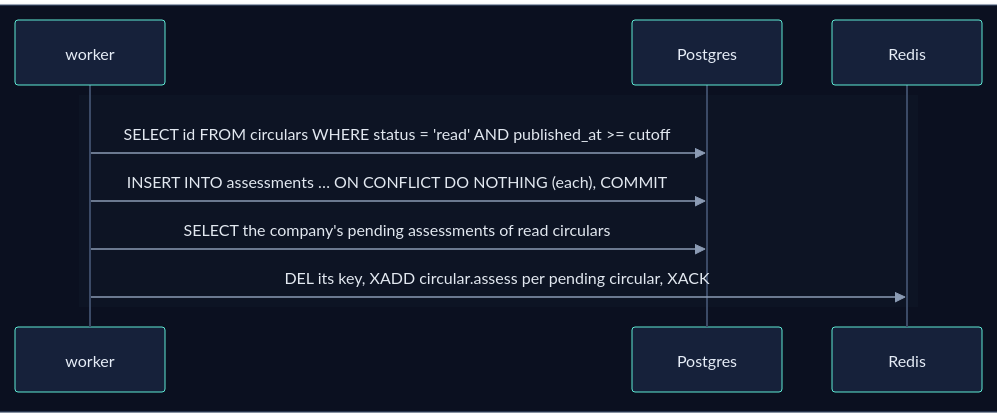
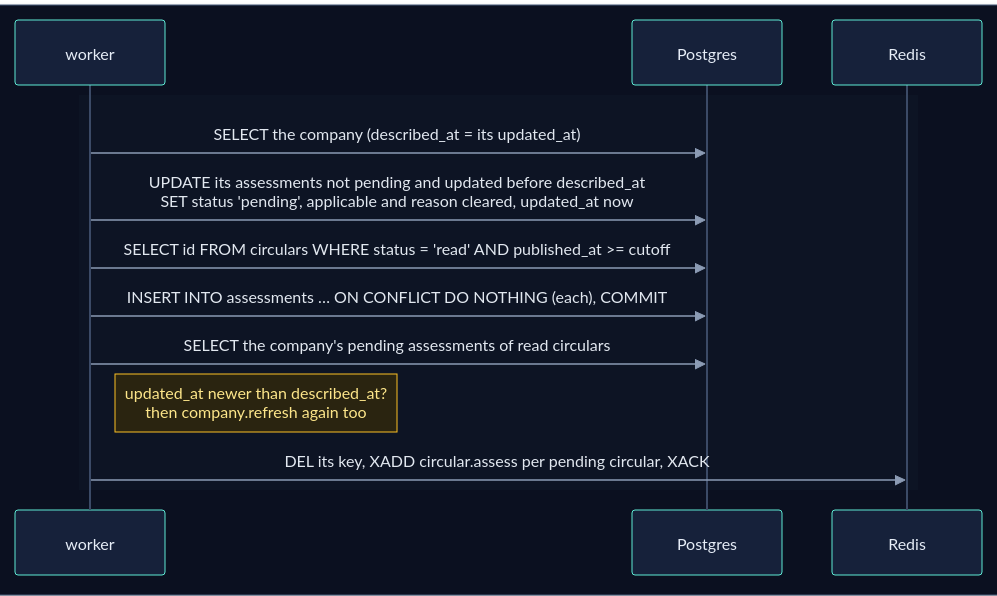
Diagram 40 of 44 in backend/worker/INTERNALS.md (selvakumarperumal/Regulatory_Circular_Impact_Agent), drawn with Mermaid before and after one commit. The commit also changed other lines of this file and 4 other files, not shown here.

````diff
--- a/backend/worker/INTERNALS.md
+++ b/backend/worker/INTERNALS.md
@@ -2167,16 +2194,19 @@
 ```mermaid
 %%{init: {"theme": "base", "sequence": {"diagramMarginX": 0, "diagramMarginY": 0}, "themeVariables": {"darkMode": true, "primaryColor": "#16213a", "primaryTextColor": "#e6edf7", "primaryBorderColor": "#475a7a", "lineColor": "#8b9bb4", "secondaryColor": "#1b2436", "tertiaryColor": "#101a2e", "edgeLabelBackground": "#0f172a", "textColor": "#e2e8f0", "actorBkg": "#16213a", "actorBorder": "#5eead4", "actorTextColor": "#e6edf7", "actorLineColor": "#3b4a66", "signalColor": "#8b9bb4", "signalTextColor": "#e2e8f0", "noteBkgColor": "#2a2410", "noteBorderColor": "#fbbf24", "noteTextColor": "#fde68a", "labelBoxBkgColor": "#1e293b", "labelBoxBorderColor": "#64748b", "labelTextColor": "#e2e8f0", "loopTextColor": "#c4b5fd", "sequenceNumberColor": "#0b1020", "activationBkgColor": "#1e293b"}}}%%
 sequenceDiagram
     box rgb(11, 16, 32)
         participant K as worker
         participant PG as Postgres
         participant R as Redis
     end
 
     rect rgb(13, 20, 36)
+        K->>PG: SELECT the company (described_at = its updated_at)
+        K->>PG: UPDATE its assessments not pending and updated before described_at<br/>SET status 'pending', applicable and reason cleared, updated_at now
         K->>PG: SELECT id FROM circulars WHERE status = 'read' AND published_at >= cutoff
         K->>PG: INSERT INTO assessments … ON CONFLICT DO NOTHING (each), COMMIT
         K->>PG: SELECT the company's pending assessments of read circulars
+        Note right of K: updated_at newer than described_at?<br/>then company.refresh again too
         K->>R: DEL its key, XADD circular.assess per pending circular, XACK
     end
 ```
````
